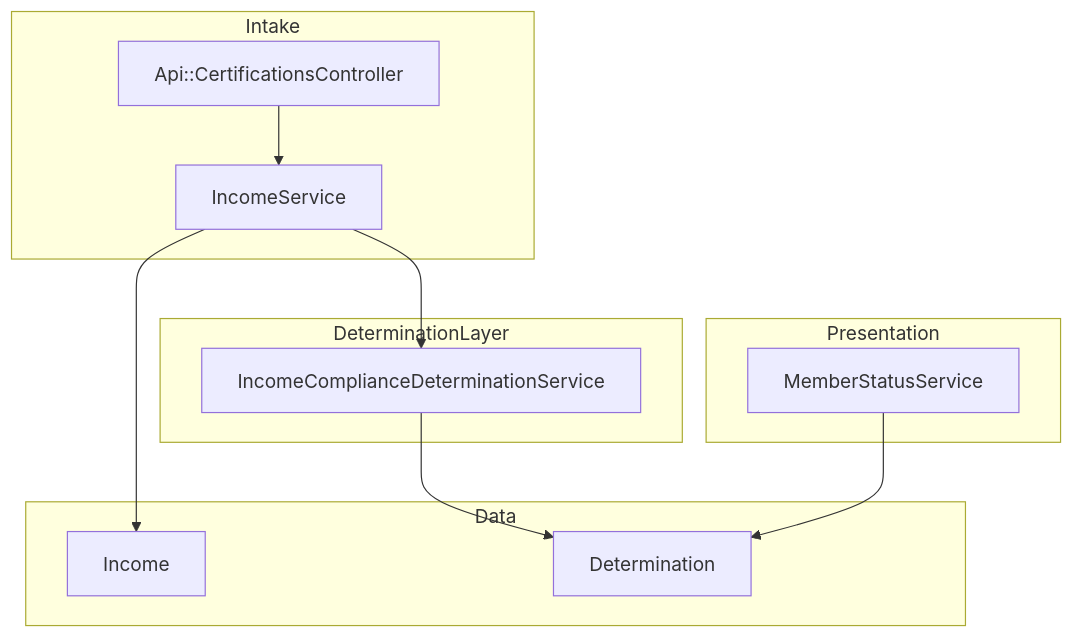
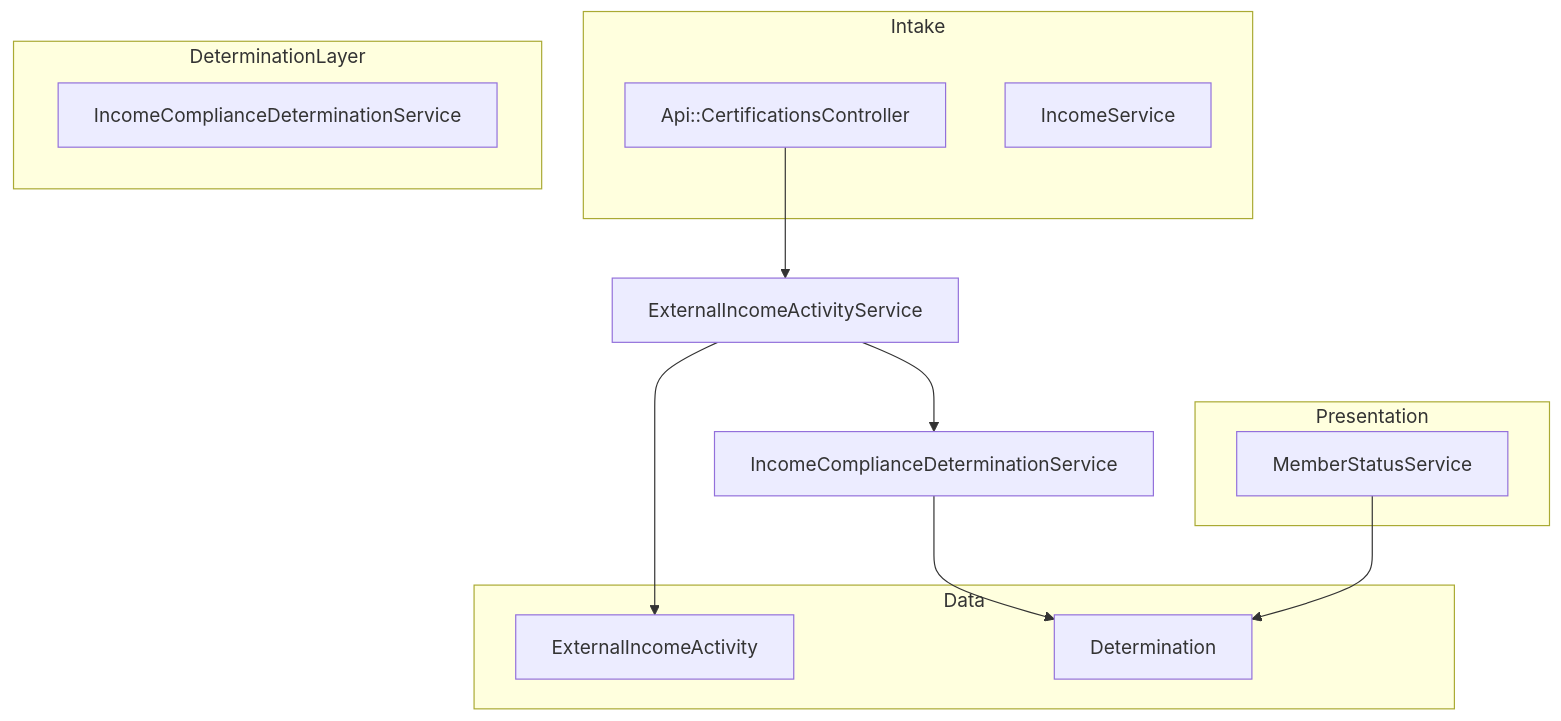
Before and after one commit to navapbc/oscer: the second of 2 diagrams in docs/architecture/income-data/income-data.md, drawn with Mermaid. The commit also changed other lines of this file and 4 other files, not shown here.

````diff
--- a/docs/architecture/income-data/income-data.md
+++ b/docs/architecture/income-data/income-data.md
@@ -67,26 +66,26 @@
 ```mermaid
 flowchart TB
     subgraph Intake
         CertAPI[Api::CertificationsController]
         IncomeService[IncomeService]
     end
 
     subgraph Data
-        Income[Income]
+        ExternalIncomeActivity[ExternalIncomeActivity]
         Determination[Determination]
     end
 
     subgraph DeterminationLayer
         IncomeComplianceService[IncomeComplianceDeterminationService]
     end
 
     subgraph Presentation
         MemberStatus[MemberStatusService]
     end
 
-    CertAPI --> IncomeService
-    IncomeService --> Income
-    IncomeService --> IncomeComplianceService
-    IncomeComplianceService --> Determination
+    CertAPI --> ExternalIncomeActivityService
+    ExternalIncomeActivityService --> ExternalIncomeActivity
+    ExternalIncomeActivityService --> IncomeComplianceDeterminationService
+    IncomeComplianceDeterminationService --> Determination
     MemberStatus --> Determination
 ```
````
